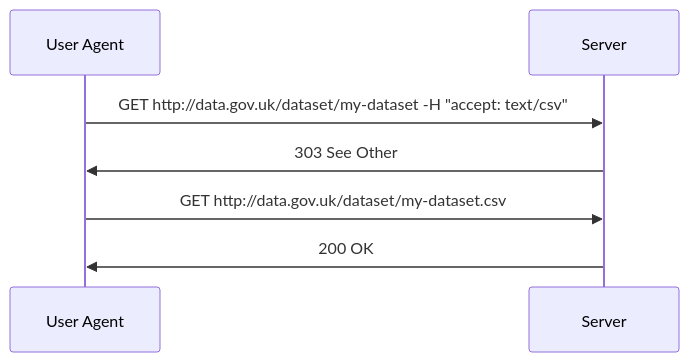
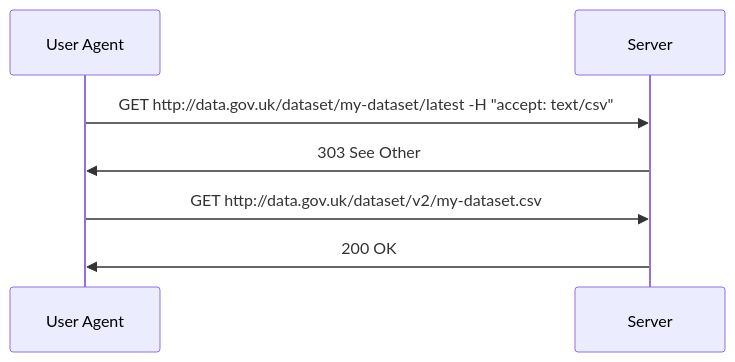
Before and after one commit to ONSdigital/application-profile: the third of 14 diagrams in README.md, drawn with Mermaid. The commit also changed other lines of this file, not shown here.

````diff
--- a/README.md
+++ b/README.md
@@ -802,7 +798,7 @@
 ```mermaid
 sequenceDiagram
-    User Agent ->> Server: GET http://data.gov.uk/dataset/my-dataset -H "accept: text/csv"
+    User Agent ->> Server: GET http://data.gov.uk/dataset/my-dataset/latest -H "accept: text/csv"
     Server ->> User Agent: 303 See Other
-    User Agent ->> Server: GET http://data.gov.uk/dataset/my-dataset.csv
+    User Agent ->> Server: GET http://data.gov.uk/dataset/v2/my-dataset.csv
     Server ->> User Agent: 200 OK
 ```
````
